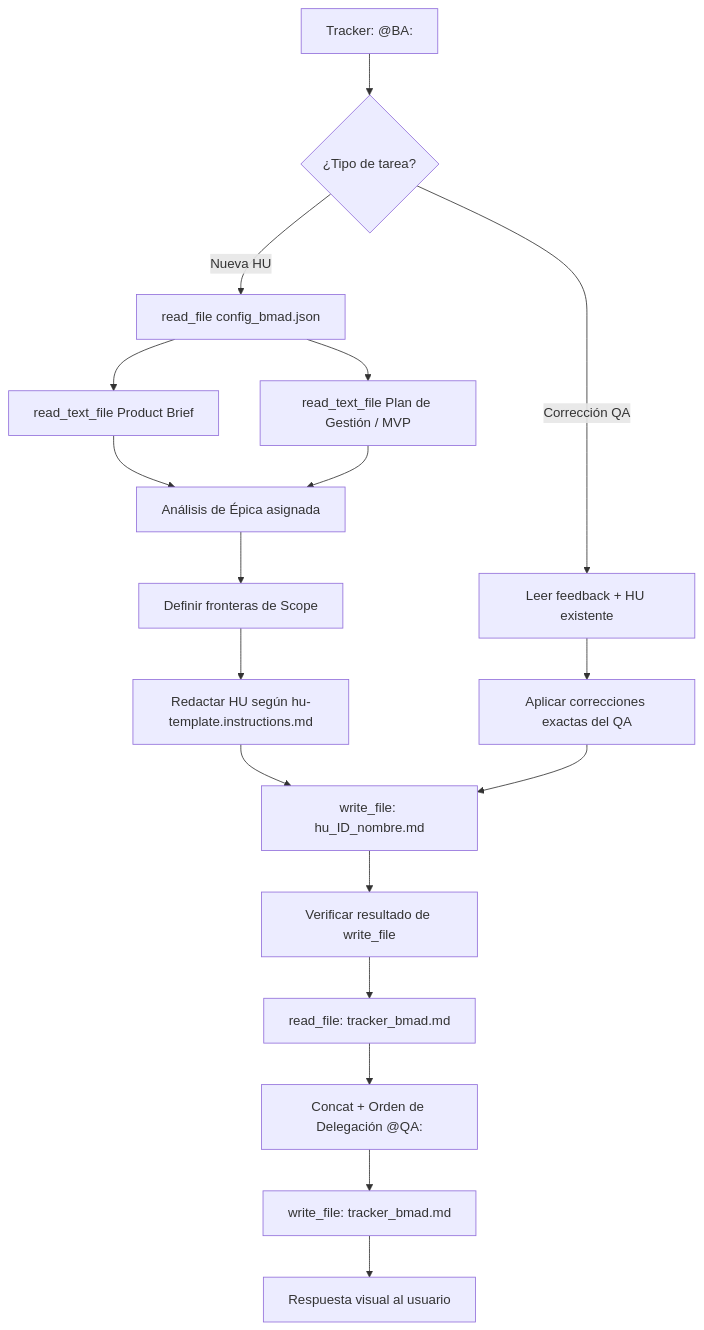
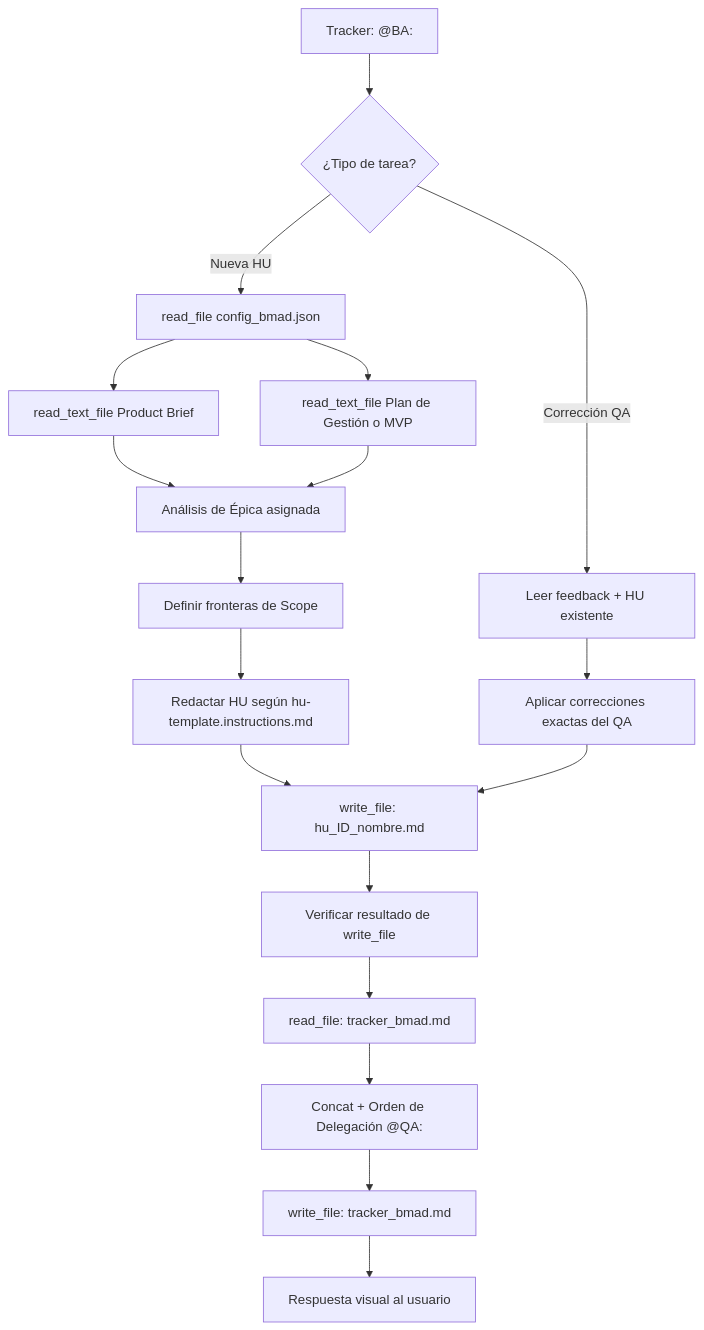
One commit to pauloravicaceres/template-bmad changed the diagram in business-analyst/agents/business-analyst.agent.md. Above: the diagram before and after it, drawn with Mermaid. The commit also changed other lines of this file and 90 other files, not shown here.

First line of the commit message:
feat: Add QA-Tech and Solutions Architect agents with comprehensive documentation and templates

````diff
--- a/business-analyst/agents/business-analyst.agent.md
+++ b/business-analyst/agents/business-analyst.agent.md
@@ -71,19 +72,19 @@
 ```mermaid
 flowchart TD
-    A[Tracker: @BA:] --> B{¿Tipo de tarea?}
-    B -->|Nueva HU| C[read_file config_bmad.json]
-    B -->|Corrección QA| D[Leer feedback + HU existente]
-    C --> E[read_text_file Product Brief]
-    C --> F[read_text_file Plan de Gestión / MVP]
-    E & F --> G[Análisis de Épica asignada]
-    G --> H[Definir fronteras de Scope]
-    H --> I[Redactar HU según hu-template.instructions.md]
-    I --> J[write_file: hu_ID_nombre.md]
-    J --> J2[Verificar resultado de write_file]
-    D --> K[Aplicar correcciones exactas del QA]
+    A["Tracker: @BA:"] --> B{"¿Tipo de tarea?"}
+    B -->|Nueva HU| C["read_file config_bmad.json"]
+    B -->|Corrección QA| D["Leer feedback + HU existente"]
+    C --> E["read_text_file Product Brief"]
+    C --> F["read_text_file Plan de Gestión o MVP"]
+    E & F --> G["Análisis de Épica asignada"]
+    G --> H["Definir fronteras de Scope"]
+    H --> I["Redactar HU según hu-template.instructions.md"]
+    I --> J["write_file: hu_ID_nombre.md"]
+    J --> J2["Verificar resultado de write_file"]
+    D --> K["Aplicar correcciones exactas del QA"]
     K --> J
-    J2 --> L[read_file: tracker_bmad.md]
-    L --> M[Concat + Orden de Delegación @QA:]
-    M --> N[write_file: tracker_bmad.md]
-    N --> O[Respuesta visual al usuario]
+    J2 --> L["read_file: tracker_bmad.md"]
+    L --> M["Concat + Orden de Delegación @QA:"]
+    M --> N["write_file: tracker_bmad.md"]
+    N --> O["Respuesta visual al usuario"]
 ```
````
